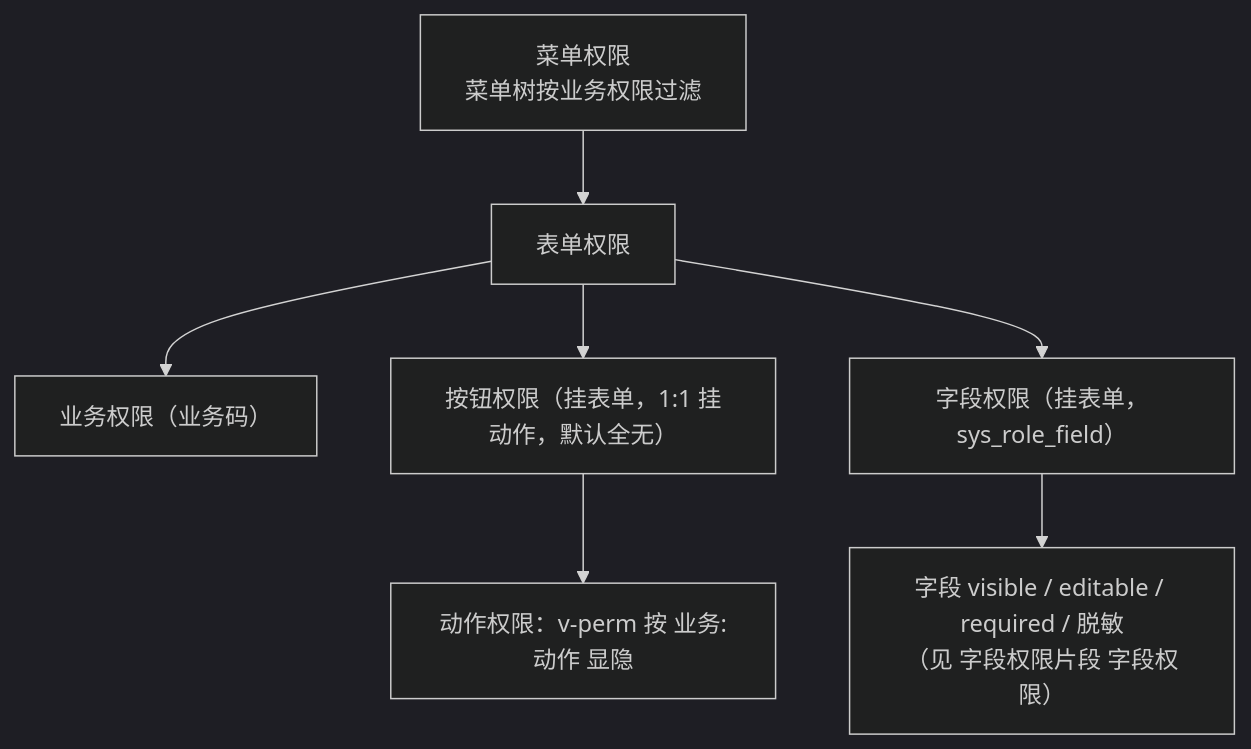
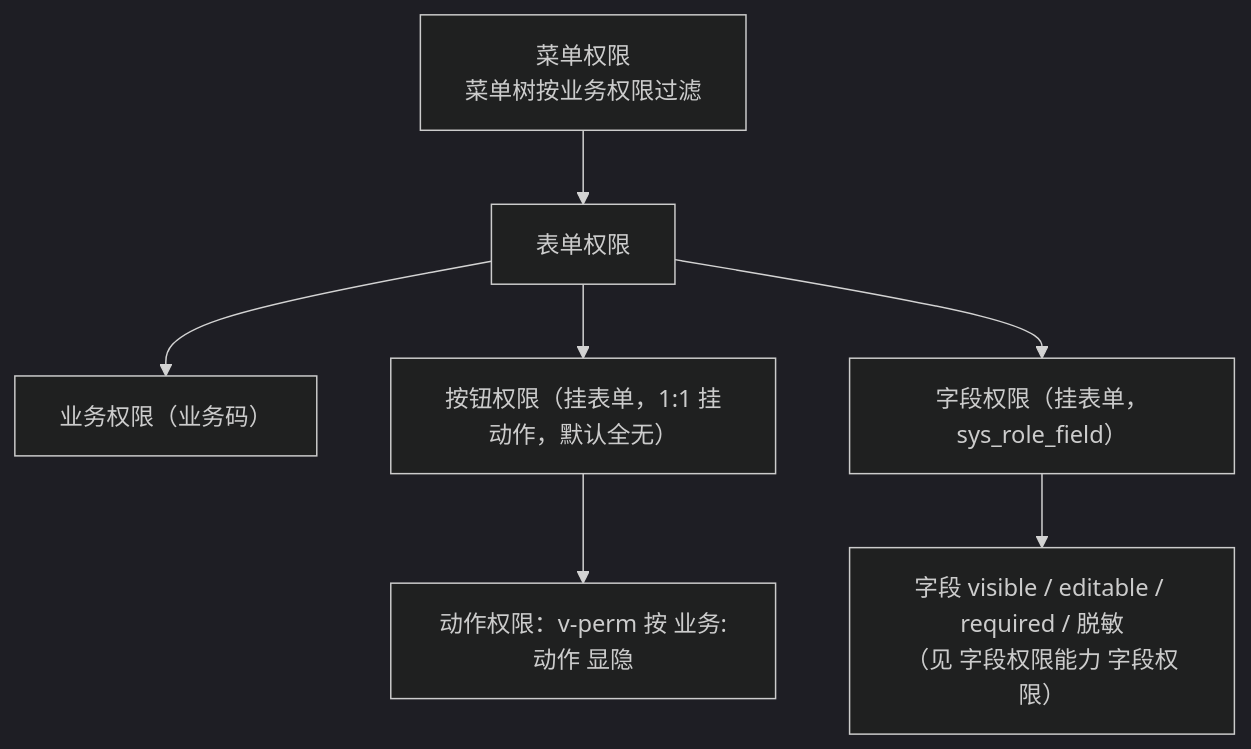
The diagram in bms文档/设计/组件设计/09_基础类/02_组件设计_权限指令/02_组件设计_权限指令.md (minjian123/basic-management-system), drawn with Mermaid (dark theme) before and after one commit. The commit also changed other lines of this file and 274 other files, not shown here.

````diff
--- a/bms文档/设计/组件设计/09_基础类/02_组件设计_权限指令/02_组件设计_权限指令.md
+++ b/bms文档/设计/组件设计/09_基础类/02_组件设计_权限指令/02_组件设计_权限指令.md
@@ -37,9 +37,9 @@
 ```mermaid
 graph TD
     MENU["菜单权限<br/>菜单树按业务权限过滤"] --> FORM["表单权限"]
     FORM --> BIZ["业务权限（业务码）"]
     FORM --> BTN["按钮权限（挂表单，1:1 挂动作，默认全无）"]
     FORM --> FIELD["字段权限（挂表单，sys_role_field）"]
     BTN --> ACT["动作权限：v-perm 按 业务:动作 显隐"]
-    FIELD --> FE["字段 visible / editable / required / 脱敏<br/>（见 字段权限片段 字段权限）"]
+    FIELD --> FE["字段 visible / editable / required / 脱敏<br/>（见 字段权限能力 字段权限）"]
 ```
````
